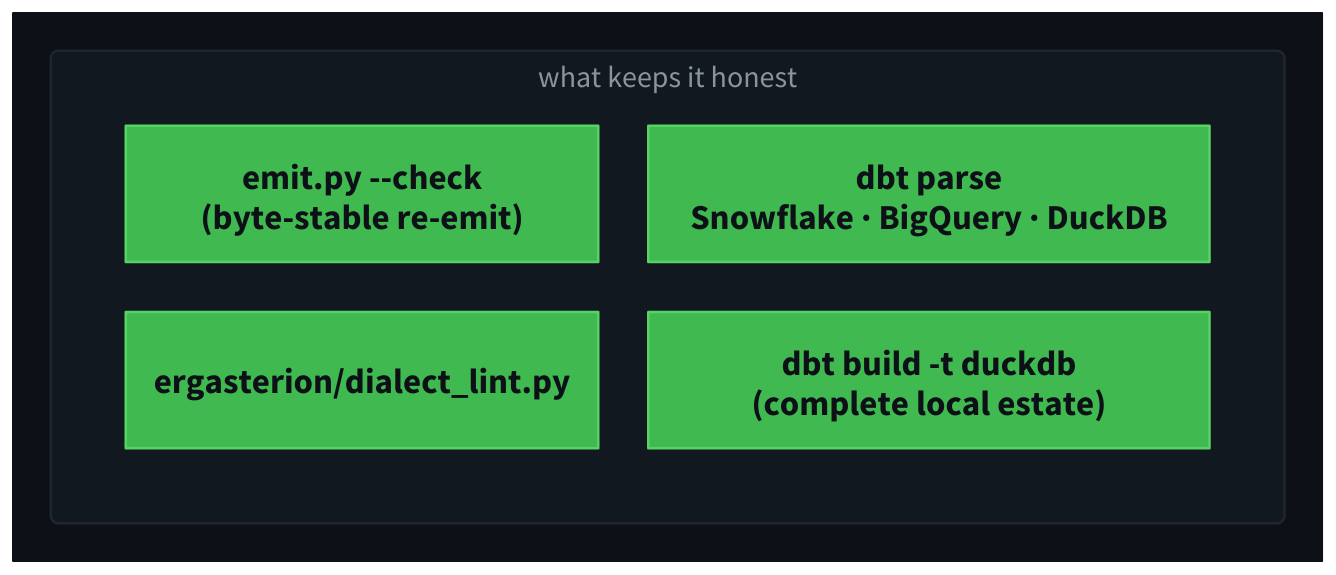
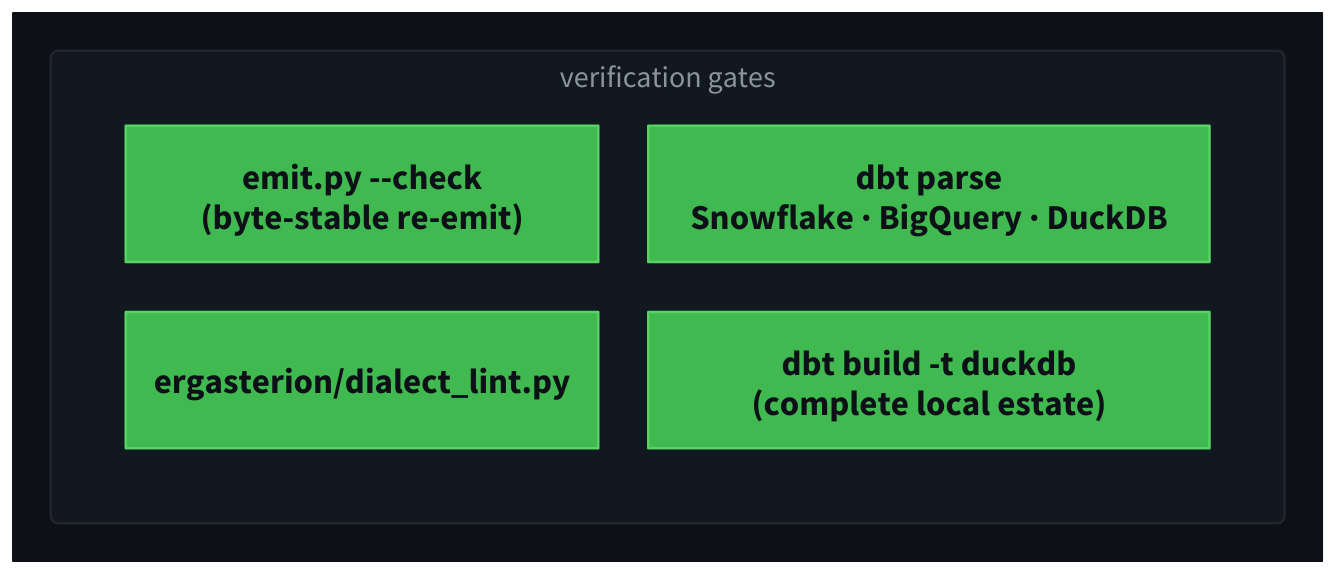
The diagram in docs/architecture/pipeline_gates.d2 (antikas/ergasterion), drawn with D2 before and after one commit. The commit also changed 6 other files, not shown here.

Commit message:
MODIFIED: rewrite Ergasterion architecture overview

```diff
--- a/docs/architecture/pipeline_gates.d2
+++ b/docs/architecture/pipeline_gates.d2
@@ -1,42 +1,42 @@
 # docs/architecture/pipeline_gates.d2
 #
 # Focused view of the verification gates shown in pipeline.d2.
 
 canvas: {
   label: ""
   style.fill: "#0d1117"
   style.stroke: "#0d1117"
   near: top-left
 
   gates: {
-    label: "what keeps it honest"
+    label: "verification gates"
     class: container
     grid-columns: 2
     byte_stable: "emit.py --check\n(byte-stable re-emit)"
     dialect_lint: "ergasterion/dialect_lint.py"
     target_parse: "dbt parse\nSnowflake · BigQuery · DuckDB"
     duckdb_build: "dbt build -t duckdb\n(complete local estate)"
   }
 }
 
 classes: {
   container: {
     style.fill: "#111820"
     style.stroke: "#21262d"
     style.font-color: "#8b949e"
     style.border-radius: 6
     style.font-size: 24
   }
   gate-lit: {
     style.fill: "#3fb950"
     style.stroke: "#56d364"
     style.font-color: "#0d1117"
     style.stroke-width: 2
     style.font-size: 28
   }
 }
 
 canvas.gates.byte_stable.class: gate-lit
 canvas.gates.dialect_lint.class: gate-lit
 canvas.gates.target_parse.class: gate-lit
 canvas.gates.duckdb_build.class: gate-lit
```
